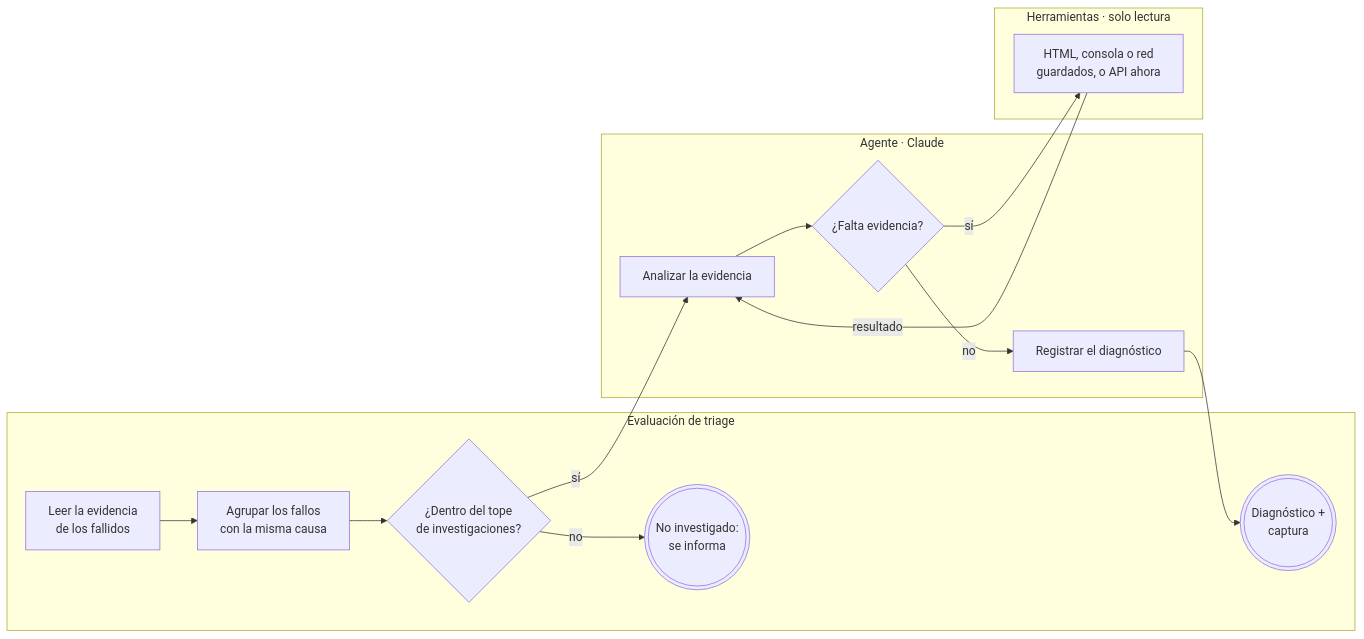
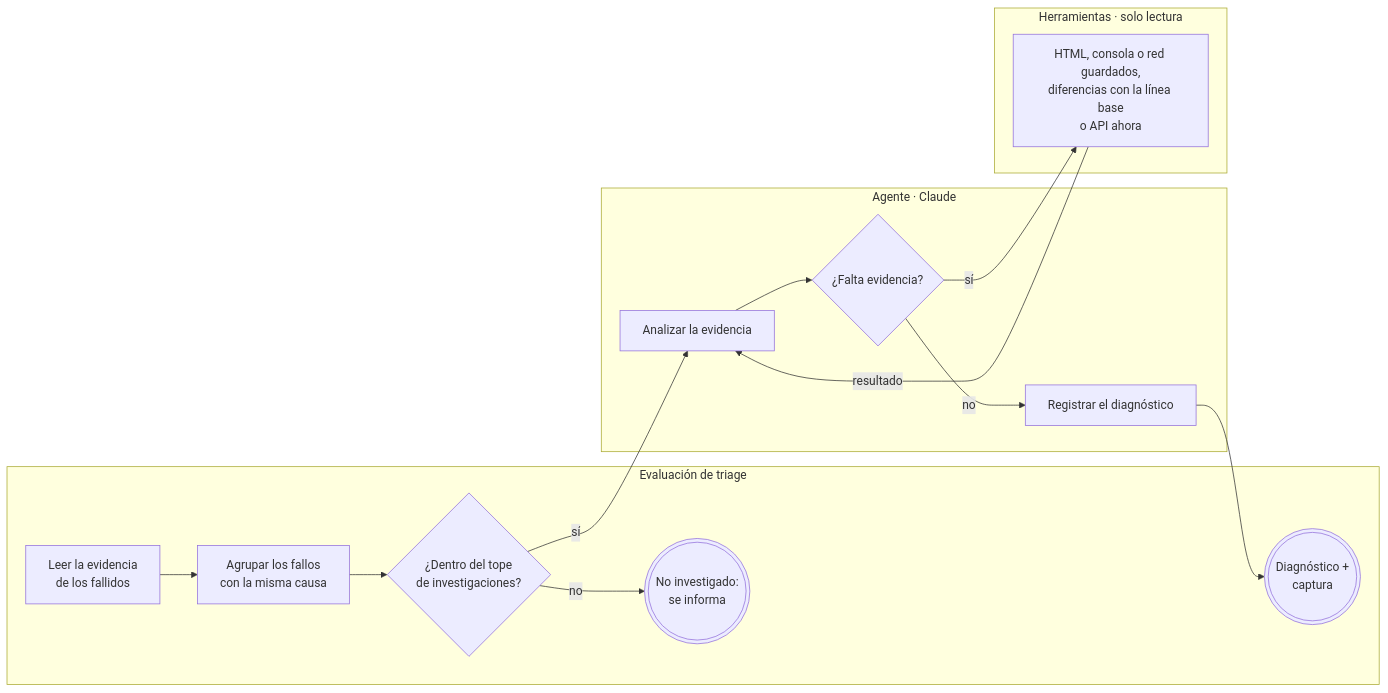
One commit to pgp-qa-automation-labs/poc-selenium-cucumber changed the second of 4 diagrams in README.md. Above: the diagram before and after it, drawn with Mermaid. The commit also changed other lines of this file and 8 other files, not shown here.

First line of the commit message:
Triage compara cada fallo con la última ejecución exitosa (línea base)

````diff
--- a/README.md
+++ b/README.md
@@ -87,24 +88,24 @@
 ```mermaid
 flowchart LR
     subgraph EV["Evaluación de triage"]
         LISTA["Leer la evidencia<br/>de los fallidos"]
         GRUPO["Agrupar los fallos<br/>con la misma causa"]
         TOPE{"¿Dentro del tope<br/>de investigaciones?"}
         SKIP(((No investigado:<br/>se informa)))
         ADJ(((Diagnóstico +<br/>captura)))
     end
     subgraph AG["Agente · Claude"]
         ANA["Analizar la evidencia"]
         FALTA{"¿Falta evidencia?"}
         DIAG["Registrar el diagnóstico"]
     end
     subgraph HE["Herramientas · solo lectura"]
-        TOOL["HTML, consola o red<br/>guardados, o API ahora"]
+        TOOL["HTML, consola o red guardados,<br/>diferencias con la línea base<br/>o API ahora"]
     end
     LISTA --> GRUPO --> TOPE
     TOPE -->|no| SKIP
     TOPE -->|sí| ANA --> FALTA
     FALTA -->|sí| TOOL
     TOOL -->|resultado| ANA
     FALTA -->|no| DIAG --> ADJ
 ```
````
